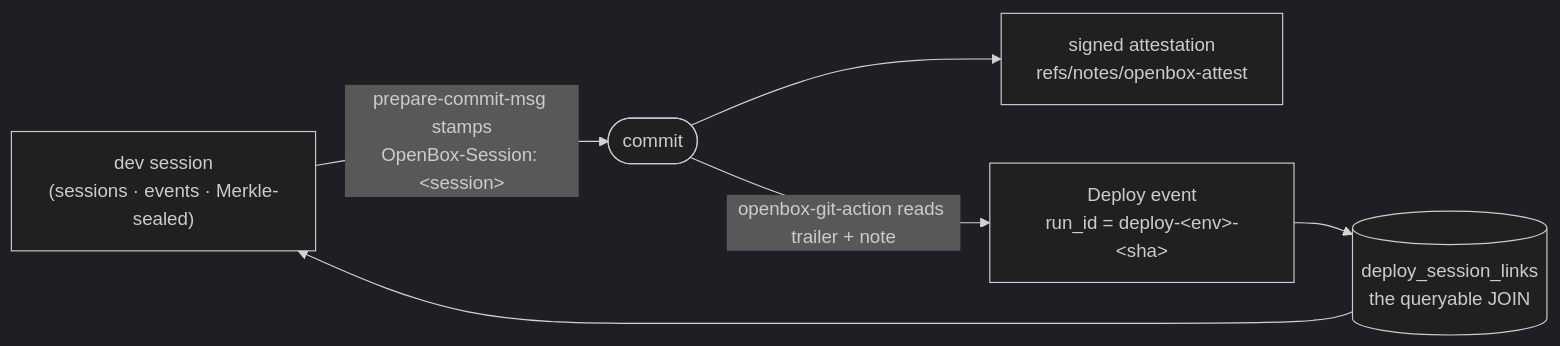
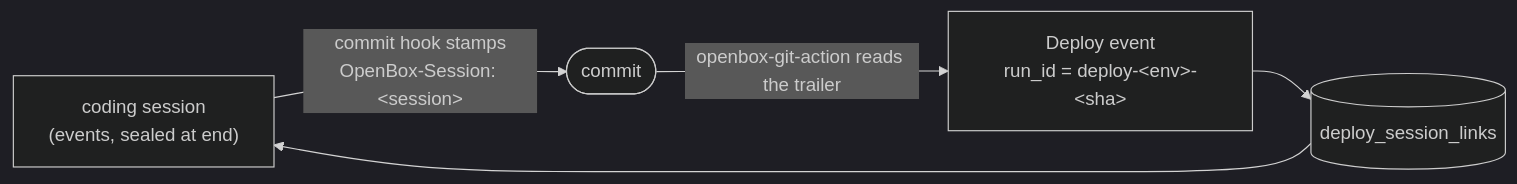
One commit to OpenBox-AI/openbox-shift-left changed the diagram in docs/lineage.md. Above: the diagram before and after it, drawn with Mermaid (dark theme). The commit also changed other lines of this file and 16 other files, not shown here.

````diff
--- a/docs/lineage.md
+++ b/docs/lineage.md
@@ -8,13 +8,11 @@
 ```mermaid
 flowchart LR
-  S["dev session<br/>(sessions · events · Merkle-sealed)"]
+  S["coding session<br/>(events, sealed at end)"]
   C(["commit"])
-  N["signed attestation<br/>refs/notes/openbox-attest"]
   D["Deploy event<br/>run_id = deploy-&lt;env&gt;-&lt;sha&gt;"]
-  L[("deploy_session_links<br/>the queryable JOIN")]
-  S -- "prepare-commit-msg stamps<br/>OpenBox-Session: &lt;session&gt;" --> C
-  C --> N
-  C -- "openbox-git-action reads trailer + note" --> D
+  L[("deploy_session_links")]
+  S -- "commit hook stamps<br/>OpenBox-Session: &lt;session&gt;" --> C
+  C -- "openbox-git-action reads the trailer" --> D
   D --> L
   L --> S
 ```
````
